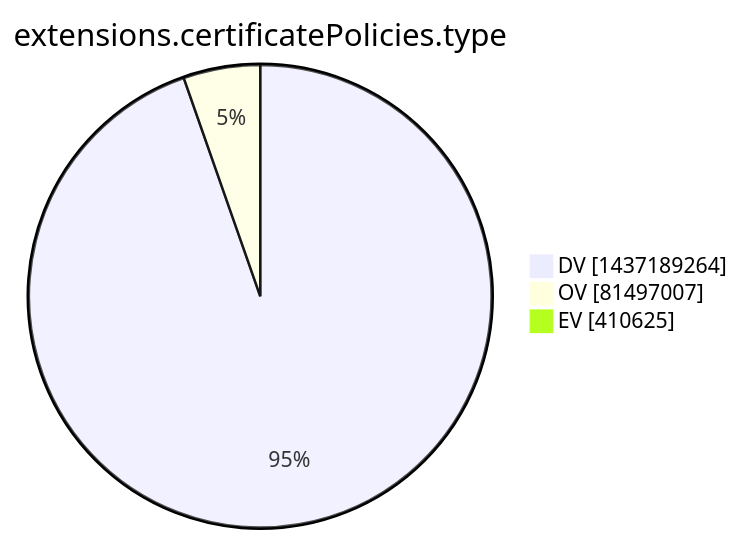
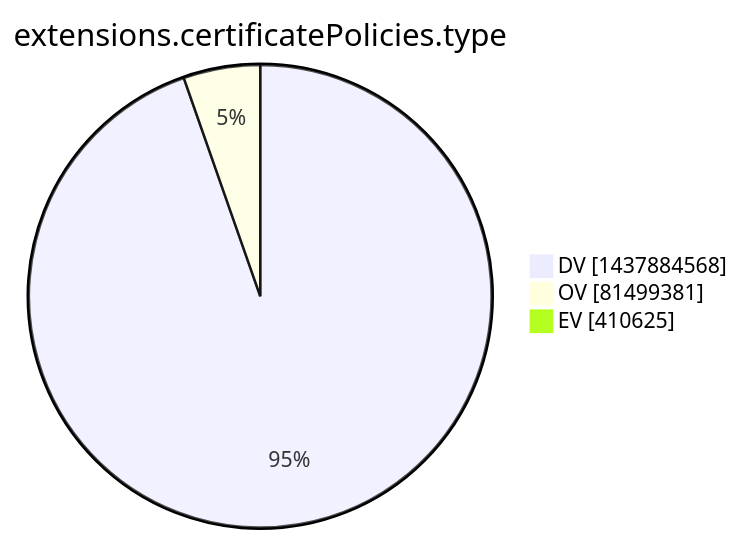
Before and after one commit to christiankrug/ctmonitor_visualization: the tenth of 15 diagrams in xenon2022/README.md, drawn with Mermaid. The commit also changed other lines of this file, not shown here.

````diff
--- a/xenon2022/README.md
+++ b/xenon2022/README.md
@@ -2867,7 +2867,7 @@
 ```mermaid
 pie showData
 title extensions.certificatePolicies.type
-"DV" :1437189264
-"OV" :81497007
+"DV" :1437884568
+"OV" :81499381
 "EV" :410625
 ```
````
